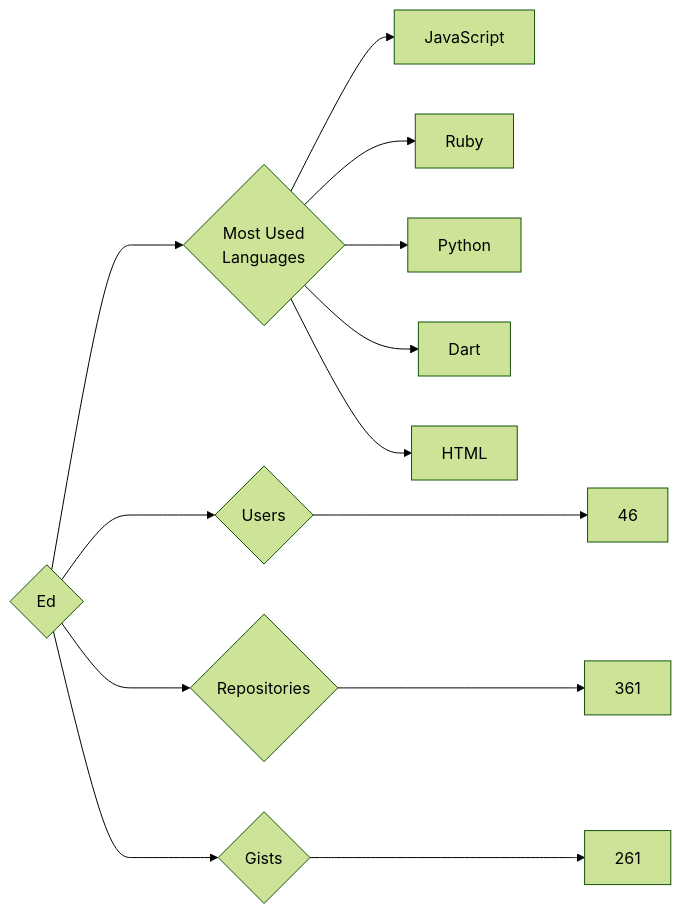
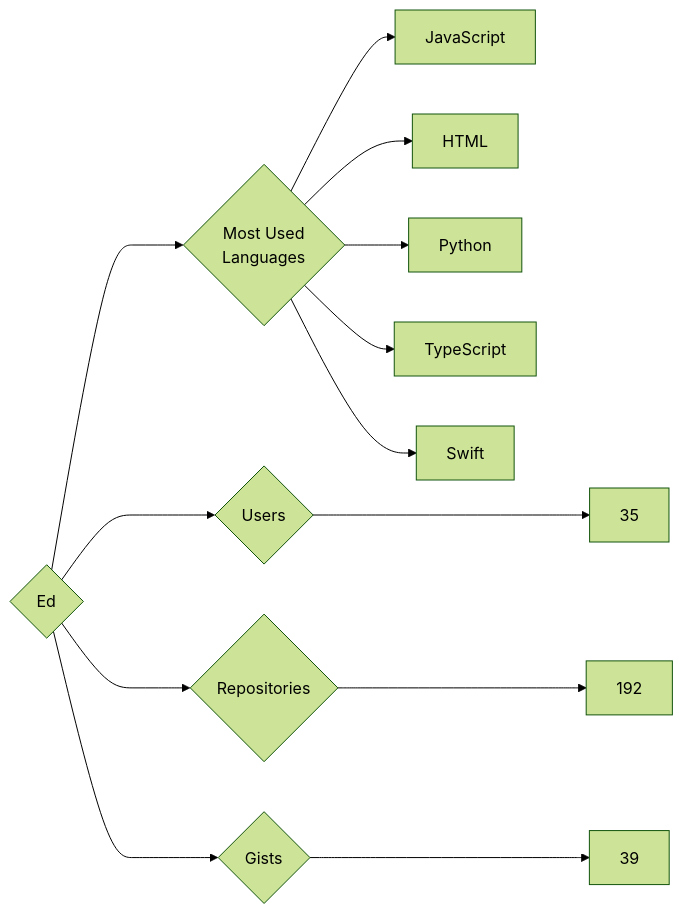
One commit to trickest/insiders changed the diagram in targets/Ed/README.md. Above: the diagram before and after it, drawn with Mermaid (forest theme). The commit also changed 944 other files, not shown here.

````diff
--- a/targets/Ed/README.md
+++ b/targets/Ed/README.md
@@ -3,13 +3,13 @@
 ```mermaid
 graph LR
 COMPANY_NAME{Ed}
-COMPANY_NAME ---> U{Users} ---> UN[46]
-COMPANY_NAME ---> R{Repositories} ---> RN[361]
-COMPANY_NAME ---> G{Gists} ---> GN[261]
+COMPANY_NAME ---> U{Users} ---> UN[35]
+COMPANY_NAME ---> R{Repositories} ---> RN[192]
+COMPANY_NAME ---> G{Gists} ---> GN[39]
 COMPANY_NAME ---> ML{Most Used<br>Languages}
 ML --> JavaScript[JavaScript]
-ML --> Ruby[Ruby]
+ML --> HTML[HTML]
 ML --> Python[Python]
-ML --> Dart[Dart]
-ML --> HTML[HTML]
+ML --> TypeScript[TypeScript]
+ML --> Swift[Swift]
 ```
````
